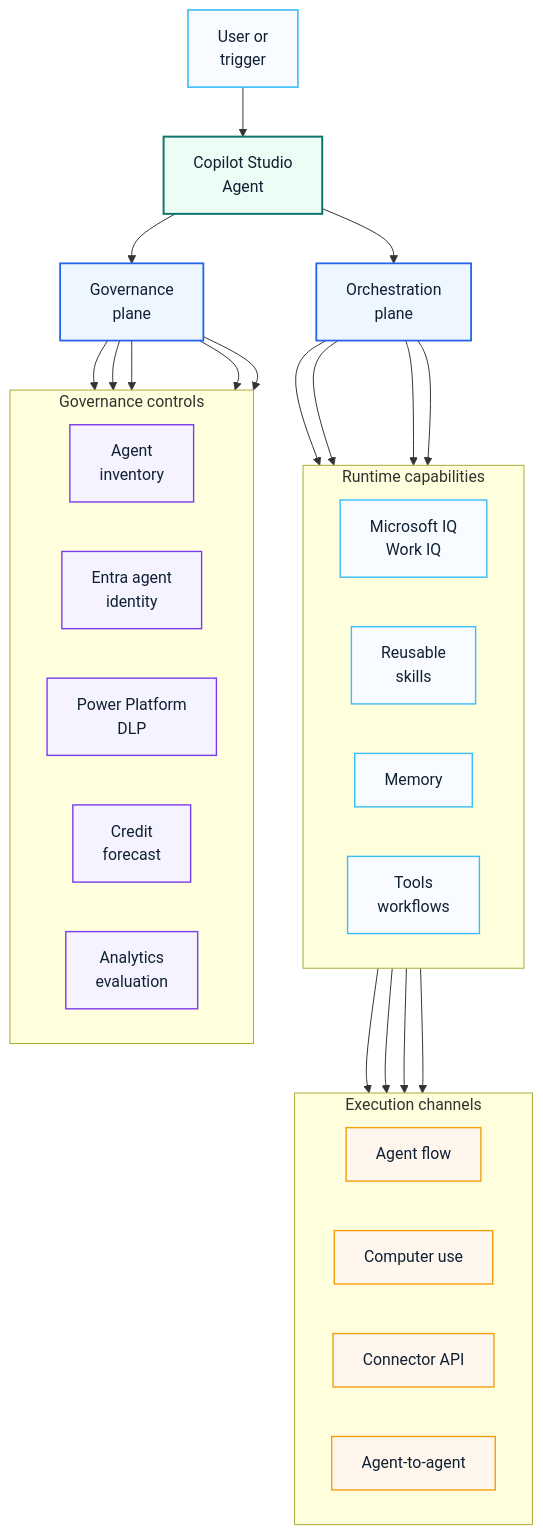
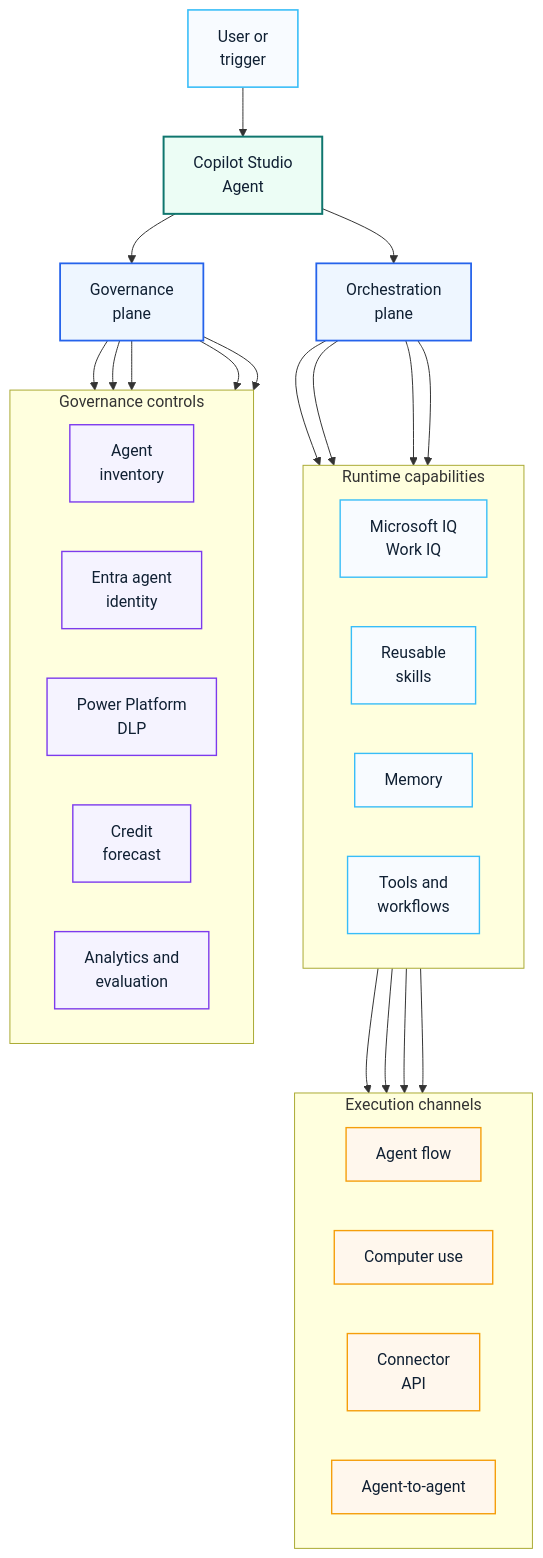
The diagram in docs/copilot/copilot-studio-2026-platform-update.md (Eric841001/Eric841001.github.io), drawn with Mermaid before and after one commit. The commit also changed 5 other files, not shown here.

Commit message:
Fix Mermaid diagram text clipping

````diff
--- a/docs/copilot/copilot-studio-2026-platform-update.md
+++ b/docs/copilot/copilot-studio-2026-platform-update.md
@@ -57,53 +57,53 @@
 ```mermaid
 flowchart TB
   User["User or<br/>trigger"]:::entry --> Agent["Copilot Studio<br/>Agent"]:::core
 
   Agent --> Orchestration["Orchestration<br/>plane"]:::plane
   Agent --> Governance["Governance<br/>plane"]:::plane
 
   subgraph Runtime["Runtime capabilities"]
     direction LR
     IQ["Microsoft IQ<br/>Work IQ"]:::runtime
     Skills["Reusable<br/>skills"]:::runtime
     Memory["Memory"]:::runtime
-    Tools["Tools<br/>workflows"]:::runtime
+    Tools["Tools and<br/>workflows"]:::runtime
   end
 
   subgraph Execution["Execution channels"]
     direction LR
     Flow["Agent flow"]:::exec
     Computer["Computer use"]:::exec
-    Connector["Connector API"]:::exec
+    Connector["Connector<br/>API"]:::exec
     A2A["Agent-to-agent"]:::exec
   end
 
   subgraph Controls["Governance controls"]
     direction LR
     Inventory["Agent<br/>inventory"]:::control
     Identity["Entra agent<br/>identity"]:::control
     DLP["Power Platform<br/>DLP"]:::control
     Credits["Credit<br/>forecast"]:::control
-    Analytics["Analytics<br/>evaluation"]:::control
+    Analytics["Analytics and<br/>evaluation"]:::control
   end
 
   Orchestration --> IQ
   Orchestration --> Skills
   Orchestration --> Memory
   Orchestration --> Tools
   Tools --> Flow
   Tools --> Computer
   Tools --> Connector
   Tools --> A2A
   Governance --> Inventory
   Governance --> Identity
   Governance --> DLP
   Governance --> Credits
   Governance --> Analytics
 
   classDef entry fill:#f8fbff,stroke:#38bdf8,color:#102033,stroke-width:1.6px
   classDef core fill:#ecfdf5,stroke:#0f766e,color:#102033,stroke-width:2px
   classDef plane fill:#eef6ff,stroke:#2563eb,color:#102033,stroke-width:1.8px
   classDef runtime fill:#f8fbff,stroke:#38bdf8,color:#102033,stroke-width:1.4px
   classDef exec fill:#fff7ed,stroke:#f59e0b,color:#102033,stroke-width:1.4px
   classDef control fill:#f5f3ff,stroke:#7c3aed,color:#102033,stroke-width:1.4px
 ```
````
